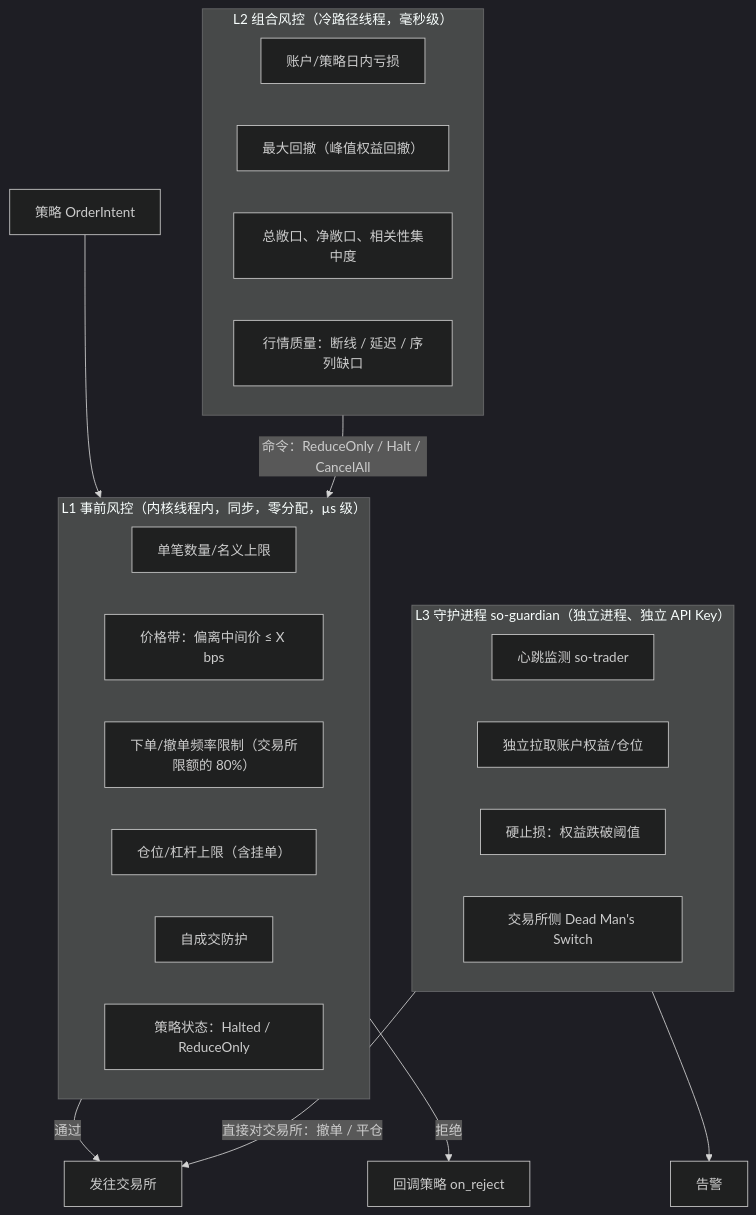
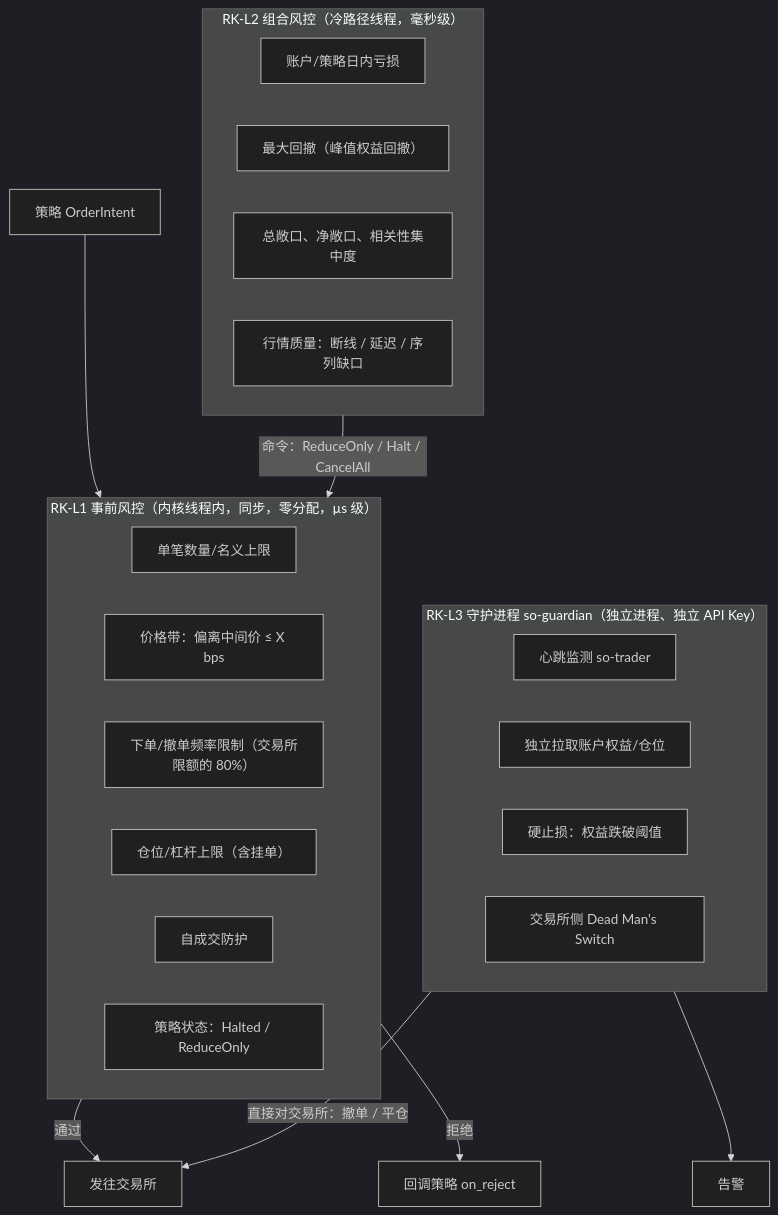
Before and after one commit to mensorigo/StrateOrigo: the seventh of 7 diagrams in docs/01-architecture.md, drawn with Mermaid (dark theme). The commit also changed other lines of this file and 14 other files, not shown here.

````diff
--- a/docs/01-architecture.md
+++ b/docs/01-architecture.md
@@ -322,31 +322,31 @@
 ```mermaid
 flowchart TB
-    INTENT["策略 OrderIntent"] --> L1
-    subgraph L1["L1 事前风控（内核线程内，同步，零分配，µs 级）"]
-        L1A["单笔数量/名义上限"]
-        L1B["价格带：偏离中间价 ≤ X bps"]
-        L1C["下单/撤单频率限制（交易所限额的 80%）"]
-        L1D["仓位/杠杆上限（含挂单）"]
-        L1E["自成交防护"]
-        L1F["策略状态：Halted / ReduceOnly"]
+    INTENT["策略 OrderIntent"] --> RKL1
+    subgraph RKL1["RK-L1 事前风控（内核线程内，同步，零分配，µs 级）"]
+        RKL1A["单笔数量/名义上限"]
+        RKL1B["价格带：偏离中间价 ≤ X bps"]
+        RKL1C["下单/撤单频率限制（交易所限额的 80%）"]
+        RKL1D["仓位/杠杆上限（含挂单）"]
+        RKL1E["自成交防护"]
+        RKL1F["策略状态：Halted / ReduceOnly"]
     end
-    L1 -->|通过| ORDER["发往交易所"]
-    L1 -->|拒绝| REJ["回调策略 on_reject"]
+    RKL1 -->|通过| ORDER["发往交易所"]
+    RKL1 -->|拒绝| REJ["回调策略 on_reject"]
 
-    subgraph L2["L2 组合风控（冷路径线程，毫秒级）"]
-        L2A["账户/策略日内亏损"]
-        L2B["最大回撤（峰值权益回撤）"]
-        L2C["总敞口、净敞口、相关性集中度"]
-        L2D["行情质量：断线 / 延迟 / 序列缺口"]
+    subgraph RKL2["RK-L2 组合风控（冷路径线程，毫秒级）"]
+        RKL2A["账户/策略日内亏损"]
+        RKL2B["最大回撤（峰值权益回撤）"]
+        RKL2C["总敞口、净敞口、相关性集中度"]
+        RKL2D["行情质量：断线 / 延迟 / 序列缺口"]
     end
-    L2 -->|"命令：ReduceOnly / Halt / CancelAll"| L1
+    RKL2 -->|"命令：ReduceOnly / Halt / CancelAll"| RKL1
 
-    subgraph L3["L3 守护进程 so-guardian（独立进程、独立 API Key）"]
-        L3A["心跳监测 so-trader"]
-        L3B["独立拉取账户权益/仓位"]
-        L3C["硬止损：权益跌破阈值"]
-        L3D["交易所侧 Dead Man's Switch"]
+    subgraph RKL3["RK-L3 守护进程 so-guardian（独立进程、独立 API Key）"]
+        RKL3A["心跳监测 so-trader"]
+        RKL3B["独立拉取账户权益/仓位"]
+        RKL3C["硬止损：权益跌破阈值"]
+        RKL3D["交易所侧 Dead Man's Switch"]
     end
-    L3 -->|"直接对交易所：撤单 / 平仓"| ORDER
-    L3 --> ALERT["告警"]
+    RKL3 -->|"直接对交易所：撤单 / 平仓"| ORDER
+    RKL3 --> ALERT["告警"]
 ```
````
